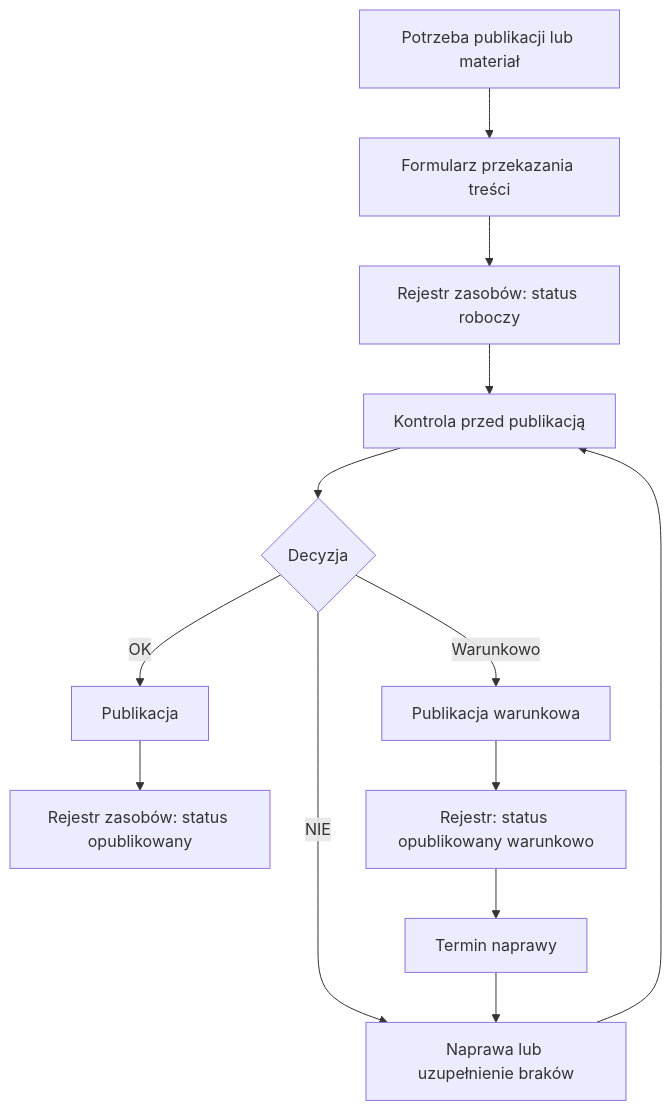
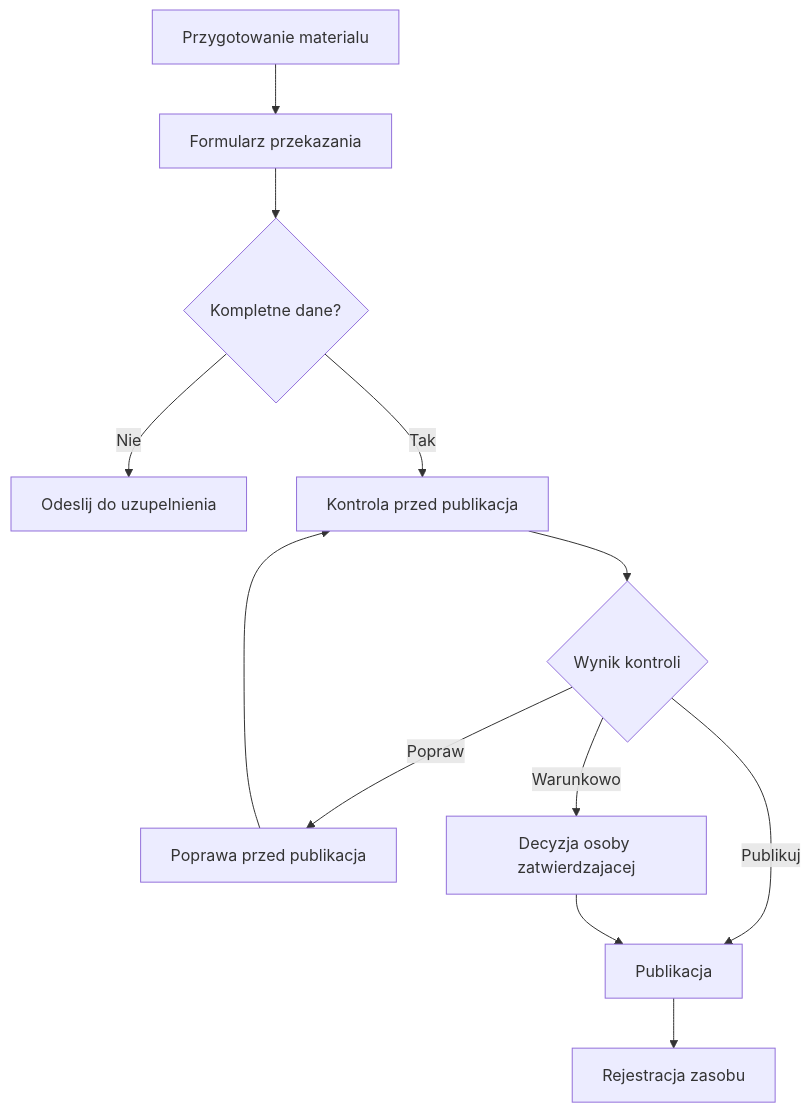
One commit to bwilk-umjaslo/Zarzadzanie-dostepna-trescia-publiczna changed the first of 8 diagrams in src/narzedzia/schematy-procesow.md. Above: the diagram before and after it, drawn with Mermaid. The commit also changed other lines of this file and 21 other files, not shown here.

Commit message:
Poprawa i uzupełnienie treści

````diff
--- a/src/narzedzia/schematy-procesow.md
+++ b/src/narzedzia/schematy-procesow.md
@@ -43,18 +21,14 @@
 ```mermaid
 flowchart TD
-    A[Potrzeba publikacji lub materiał] --> B[Formularz przekazania treści]
-    B --> C[Rejestr zasobów: status roboczy]
-    C --> D[Kontrola przed publikacją]
-    D --> E{Decyzja}
-
-    E -->|OK| F[Publikacja]
-    F --> G[Rejestr zasobów: status opublikowany]
-
-    E -->|NIE| H[Naprawa lub uzupełnienie braków]
-    H --> D
-
-    E -->|Warunkowo| I[Publikacja warunkowa]
-    I --> J[Rejestr: status opublikowany warunkowo]
-    J --> K[Termin naprawy]
-    K --> H
+    A[Przygotowanie materialu] --> B[Formularz przekazania]
+    B --> C{Kompletne dane?}
+    C -- Nie --> D[Odeslij do uzupelnienia]
+    C -- Tak --> E[Kontrola przed publikacja]
+    E --> F{Wynik kontroli}
+    F -- Publikuj --> G[Publikacja]
+    F -- Popraw --> H[Poprawa przed publikacja]
+    H --> E
+    F -- Warunkowo --> I[Decyzja osoby zatwierdzajacej]
+    I --> G
+    G --> J[Rejestracja zasobu]
 ```
````
